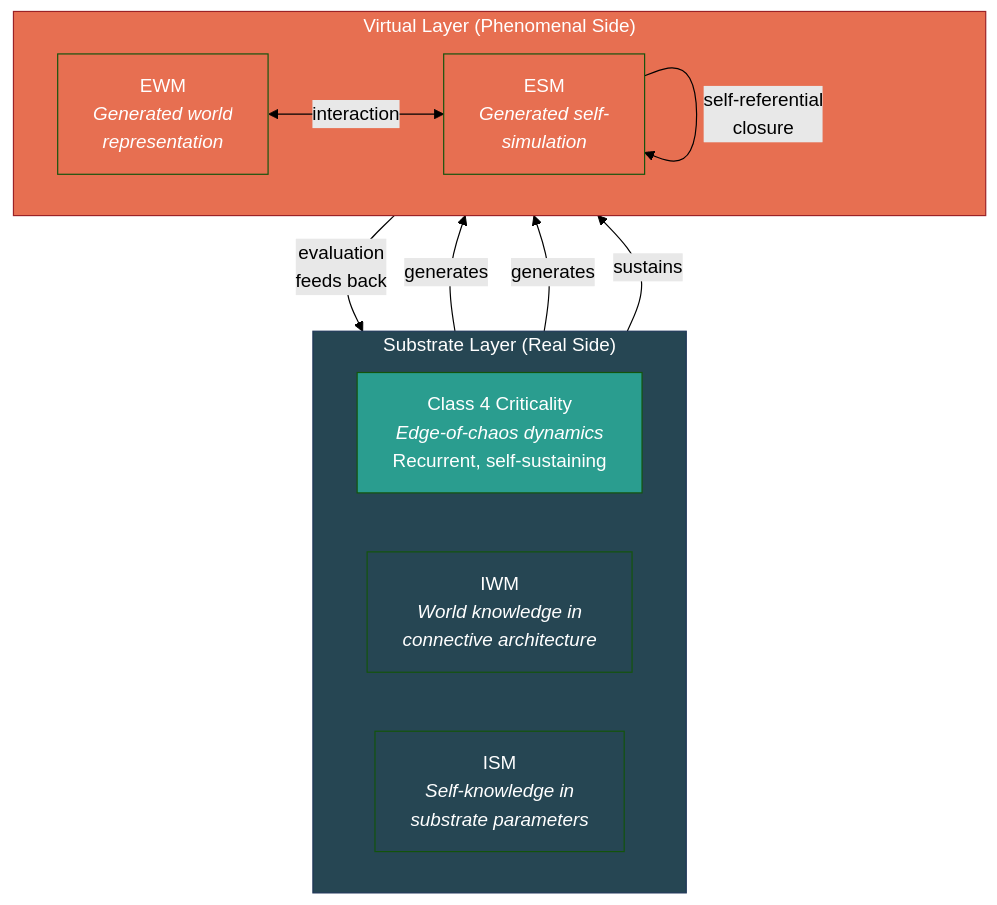
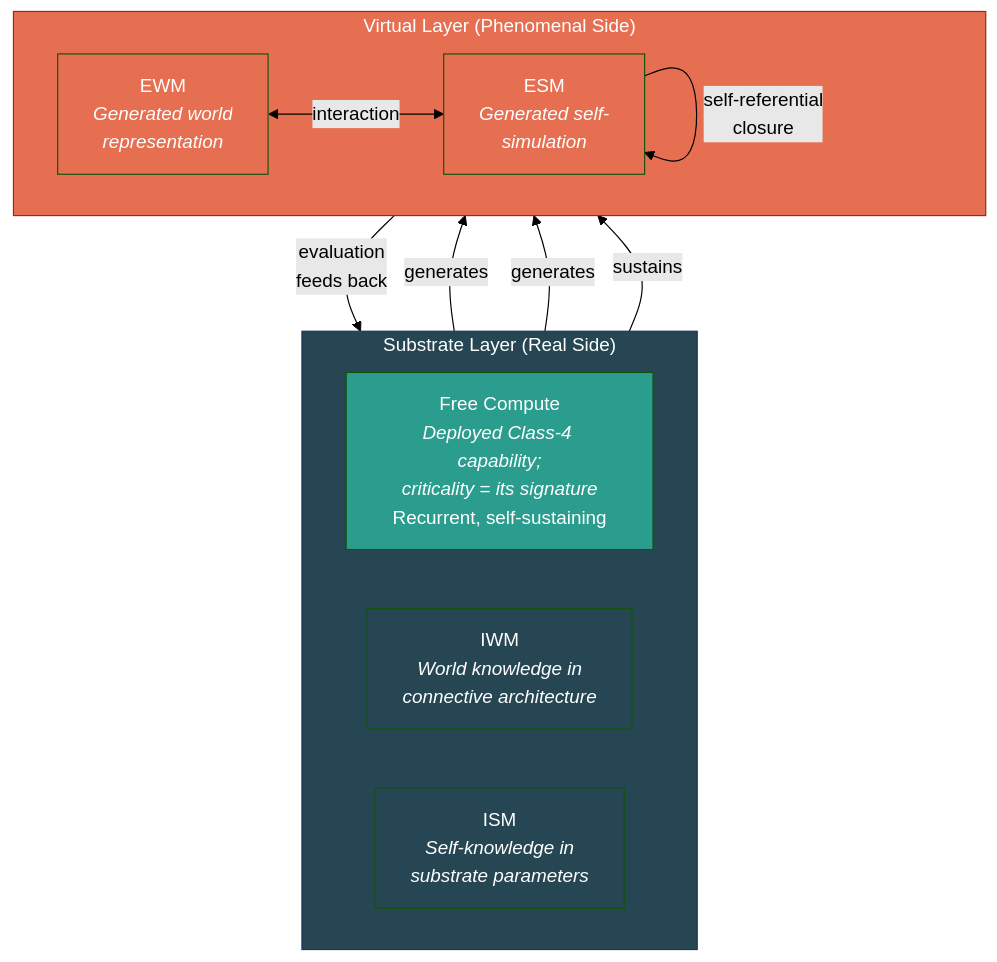
The diagram in wiki/ai-consciousness/engineering-specification.md (JeltzProstetnic/aIware), drawn with Mermaid (forest theme) before and after one commit. The commit also changed other lines of this file and 13 other files, not shown here.

First line of the commit message:
S275 cont shutdown: FMT wiki refresh AIW-27 pt1 shipped (10 files, free-compute reframe + SMoC 'leading candidate') + pt2 handoff

````diff
--- a/wiki/ai-consciousness/engineering-specification.md
+++ b/wiki/ai-consciousness/engineering-specification.md
@@ -44,31 +46,31 @@
 ```mermaid
 graph TB
     subgraph substrate["Substrate Layer (Real Side)"]
         direction LR
-        CRIT["Class 4 Criticality<br/><i>Edge-of-chaos dynamics</i><br/>Recurrent, self-sustaining"]
+        CRIT["Free Compute<br/><i>Deployed Class-4 capability;<br/>criticality = its signature</i><br/>Recurrent, self-sustaining"]
         IWM["IWM<br/><i>World knowledge in<br/>connective architecture</i>"]
         ISM["ISM<br/><i>Self-knowledge in<br/>substrate parameters</i>"]
     end
 
     subgraph virtual["Virtual Layer (Phenomenal Side)"]
         direction LR
         EWM["EWM<br/><i>Generated world<br/>representation</i>"]
         ESM["ESM<br/><i>Generated self-<br/>simulation</i>"]
     end
 
     CRIT -->|"sustains"| virtual
     IWM -->|"generates"| EWM
     ISM -->|"generates"| ESM
     ESM -->|"self-referential<br/>closure"| ESM
     EWM <-->|"interaction"| ESM
 
     virtual -->|"evaluation<br/>feeds back"| substrate
 
     style substrate fill:#264653,color:#fff,stroke:#1d3557
     style virtual fill:#e76f51,color:#fff,stroke:#9b2226
     style CRIT fill:#2a9d8f,color:#fff
     style IWM fill:#264653,color:#fff
     style ISM fill:#264653,color:#fff
     style EWM fill:#e76f51,color:#fff
     style ESM fill:#e76f51,color:#fff
 ```
````
